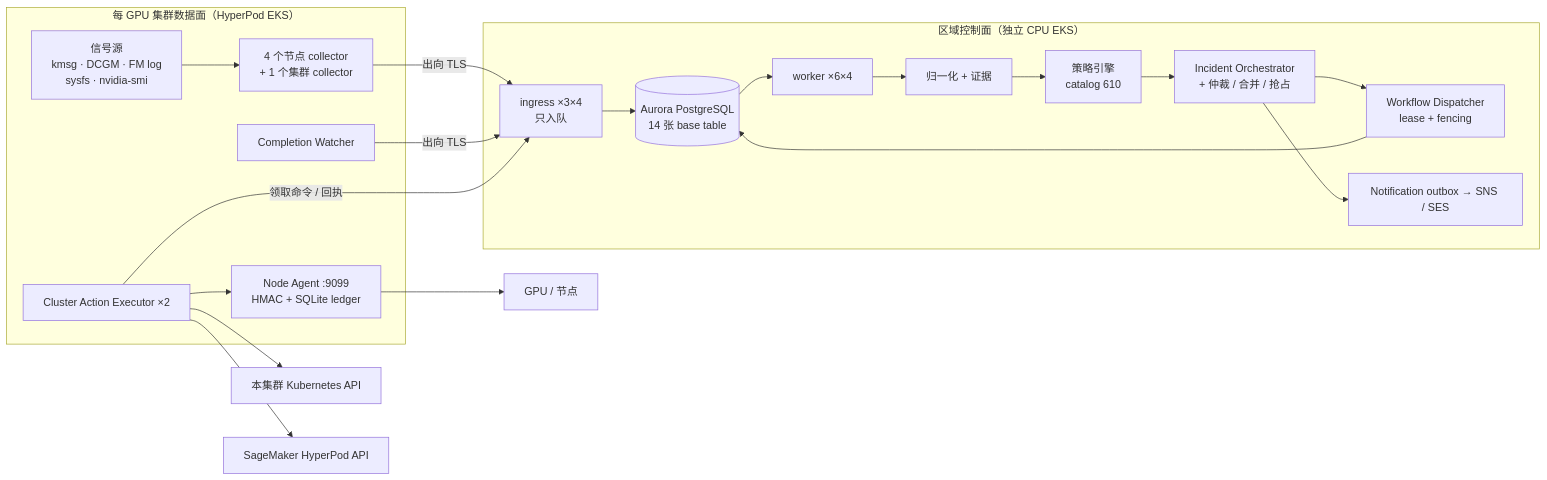
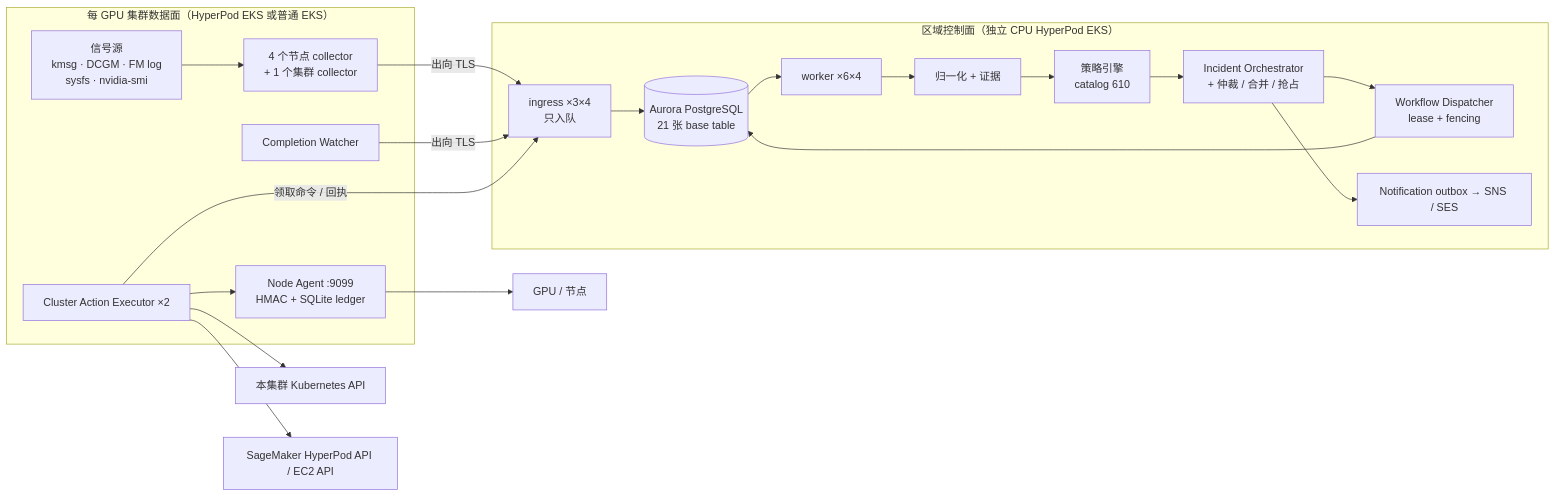
One commit to yuhuiaws/GPU-Fault-Recovery-System changed the third of 5 diagrams in docs/概要设计-v2.md. Above: the diagram before and after it, drawn with Mermaid. The commit also changed other lines of this file and 1 other file, not shown here.

````diff
--- a/docs/概要设计-v2.md
+++ b/docs/概要设计-v2.md
@@ -318,35 +323,35 @@
 ```mermaid
 flowchart LR
-    subgraph DP["每 GPU 集群数据面（HyperPod EKS）"]
+    subgraph DP["每 GPU 集群数据面（HyperPod EKS 或普通 EKS）"]
         SRC["信号源<br/>kmsg · DCGM · FM log<br/>sysfs · nvidia-smi"]
         COL["4 个节点 collector<br/>+ 1 个集群 collector"]
         WCH["Completion Watcher"]
         EXE["Cluster Action Executor ×2"]
         AGT["Node Agent :9099<br/>HMAC + SQLite ledger"]
         SRC --> COL
     end
 
-    subgraph CP["区域控制面（独立 CPU EKS）"]
+    subgraph CP["区域控制面（独立 CPU HyperPod EKS）"]
         ING["ingress ×3×4<br/>只入队"]
-        AUR[("Aurora PostgreSQL<br/>14 张 base table")]
+        AUR[("Aurora PostgreSQL<br/>21 张 base table")]
         WRK["worker ×6×4"]
         NRM["归一化 + 证据"]
         POL["策略引擎<br/>catalog 610"]
         ORC["Incident Orchestrator<br/>+ 仲裁 / 合并 / 抢占"]
         DSP["Workflow Dispatcher<br/>lease + fencing"]
         NTF["Notification outbox → SNS / SES"]
         ING --> AUR
         AUR --> WRK
         WRK --> NRM --> POL --> ORC --> DSP
         ORC --> NTF
         DSP --> AUR
     end
 
     COL -- "出向 TLS" --> ING
     WCH -- "出向 TLS" --> ING
     EXE -- "领取命令 / 回执" --> ING
     EXE --> KAPI["本集群 Kubernetes API"]
     EXE --> AGT
-    EXE --> HPAPI["SageMaker HyperPod API"]
+    EXE --> HPAPI["SageMaker HyperPod API / EC2 API"]
     AGT --> GPUDEV["GPU / 节点"]
 ```
````
